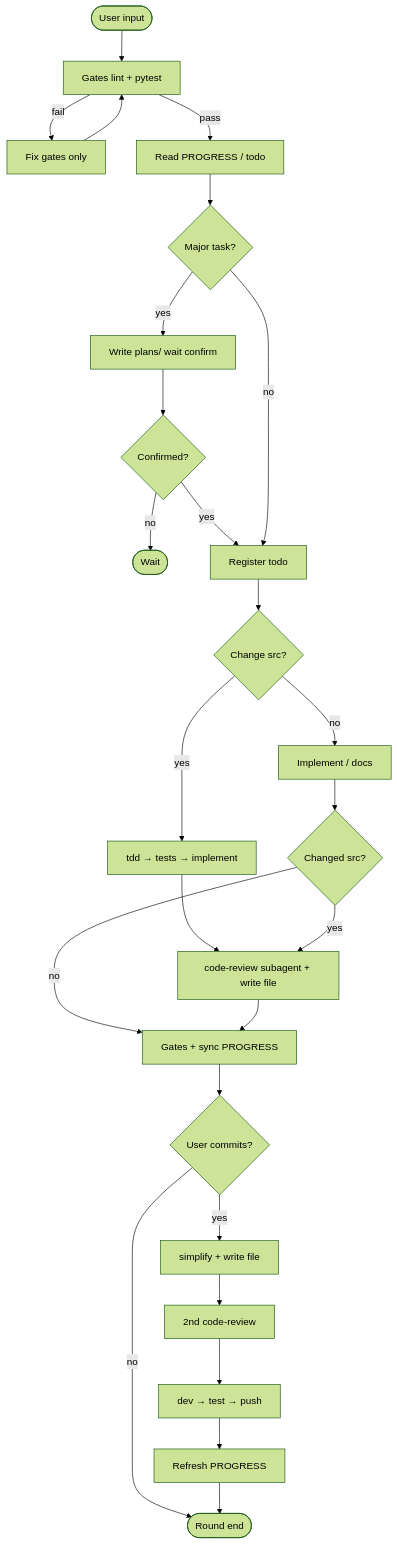
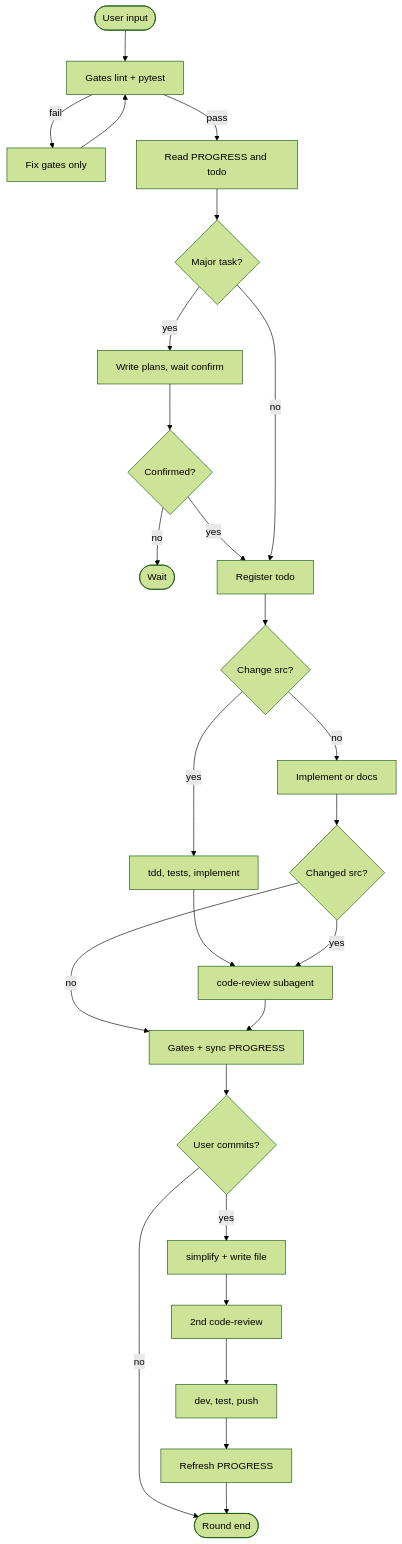
Before and after one commit to HYX-LHJ/mini-harness: the first of 2 diagrams in docs/workflow.md, drawn with Mermaid (forest theme). The commit also changed other lines of this file and 1 other file, not shown here.

Commit message:
fix: mermaid diagrams for GitHub rendering
Quote node labels and replace -> and / in text that broke GitHub Mermaid parser.

````diff
--- a/docs/workflow.md
+++ b/docs/workflow.md
@@ -75,28 +75,28 @@
 ```mermaid
 flowchart TD
-    Start([User input]) --> Gate1[Gates lint + pytest]
-    Gate1 -->|fail| FixGate[Fix gates only]
+    Start(["User input"]) --> Gate1["Gates lint + pytest"]
+    Gate1 -->|fail| FixGate["Fix gates only"]
     FixGate --> Gate1
-    Gate1 -->|pass| Read[Read PROGRESS / todo]
-    Read --> PlanCheck{Major task?}
-    PlanCheck -->|yes| Plan[Write plans/ wait confirm]
-    Plan --> UserOK{Confirmed?}
-    UserOK -->|no| Wait([Wait])
+    Gate1 -->|pass| Read["Read PROGRESS and todo"]
+    Read --> PlanCheck{"Major task?"}
+    PlanCheck -->|yes| Plan["Write plans, wait confirm"]
+    Plan --> UserOK{"Confirmed?"}
+    UserOK -->|no| Wait(["Wait"])
     UserOK -->|yes| Todo
-    PlanCheck -->|no| Todo[Register todo]
-    Todo --> SrcCheck{Change src?}
-    SrcCheck -->|yes| TDD[tdd → tests → implement]
-    SrcCheck -->|no| Impl[Implement / docs]
-    TDD --> Review[code-review subagent + write file]
-    Impl --> ReviewCheck{Changed src?}
+    PlanCheck -->|no| Todo["Register todo"]
+    Todo --> SrcCheck{"Change src?"}
+    SrcCheck -->|yes| TDD["tdd, tests, implement"]
+    SrcCheck -->|no| Impl["Implement or docs"]
+    TDD --> Review["code-review subagent"]
+    Impl --> ReviewCheck{"Changed src?"}
     ReviewCheck -->|yes| Review
     ReviewCheck -->|no| Gate2
-    Review --> Gate2[Gates + sync PROGRESS]
-    Gate2 --> CommitCheck{User commits?}
-    CommitCheck -->|no| End([Round end])
-    CommitCheck -->|yes| Simplify[simplify + write file]
-    Simplify --> Review2[2nd code-review]
-    Review2 --> Git[dev → test → push]
-    Git --> Sync[Refresh PROGRESS]
+    Review --> Gate2["Gates + sync PROGRESS"]
+    Gate2 --> CommitCheck{"User commits?"}
+    CommitCheck -->|no| End(["Round end"])
+    CommitCheck -->|yes| Simplify["simplify + write file"]
+    Simplify --> Review2["2nd code-review"]
+    Review2 --> Git["dev, test, push"]
+    Git --> Sync["Refresh PROGRESS"]
     Sync --> End
 ```
````
